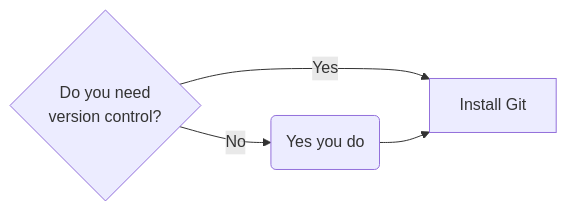
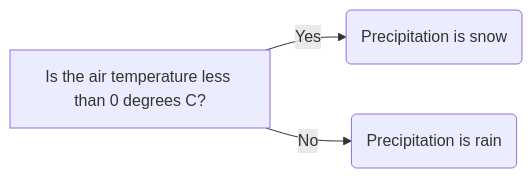
One commit to CUB-Data-Visualization/group-info-class-2026 changed the diagram in sierra_weirens_template.qmd. Above: the diagram before and after it, drawn with Mermaid. The commit also changed other lines of this file, not shown here.

Commit message:
version of template

````diff
--- a/sierra_weirens_template.qmd
+++ b/sierra_weirens_template.qmd
@@ -53,8 +36,7 @@
 ```{mermaid}
 %%| label: fig-chart
-%%| fig-cap: Version control flowchart to figure out whether you need Git.
+%%| fig-cap: Simple flowchart to figure out if precipitation is more likely to be snow or rain.
 graph LR
-    A{Do you need <br> version control?} -->|No| B(Yes you do)
-    A --> |Yes| C[Install Git]
-    B --> C
+    A[Is the air temperature less than 0 degrees C?] -->|Yes| B(Precipitation is snow)
+    A --> |No| C(Precipitation is rain)
 ```
````
